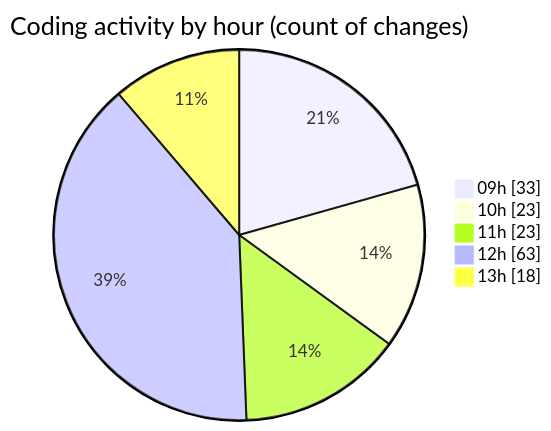
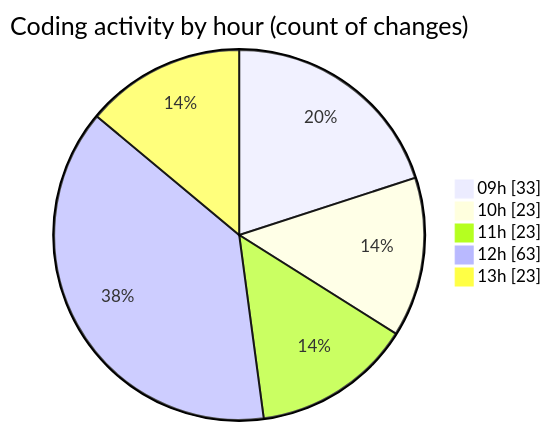
The second of 2 diagrams in 2025-05-20/ecodeli-1/README.md (CELIANVF/code-tracking), drawn with Mermaid before and after one commit. The commit also changed other lines of this file and 1 other file, not shown here.

````diff
--- a/2025-05-20/ecodeli-1/README.md
+++ b/2025-05-20/ecodeli-1/README.md
@@ -88,9 +93,9 @@
 ```mermaid
 pie showData
 title Coding activity by hour (count of changes)
 "09h" : 33
 "10h" : 23
 "11h" : 23
 "12h" : 63
-"13h" : 18
+"13h" : 23
 ```
````
